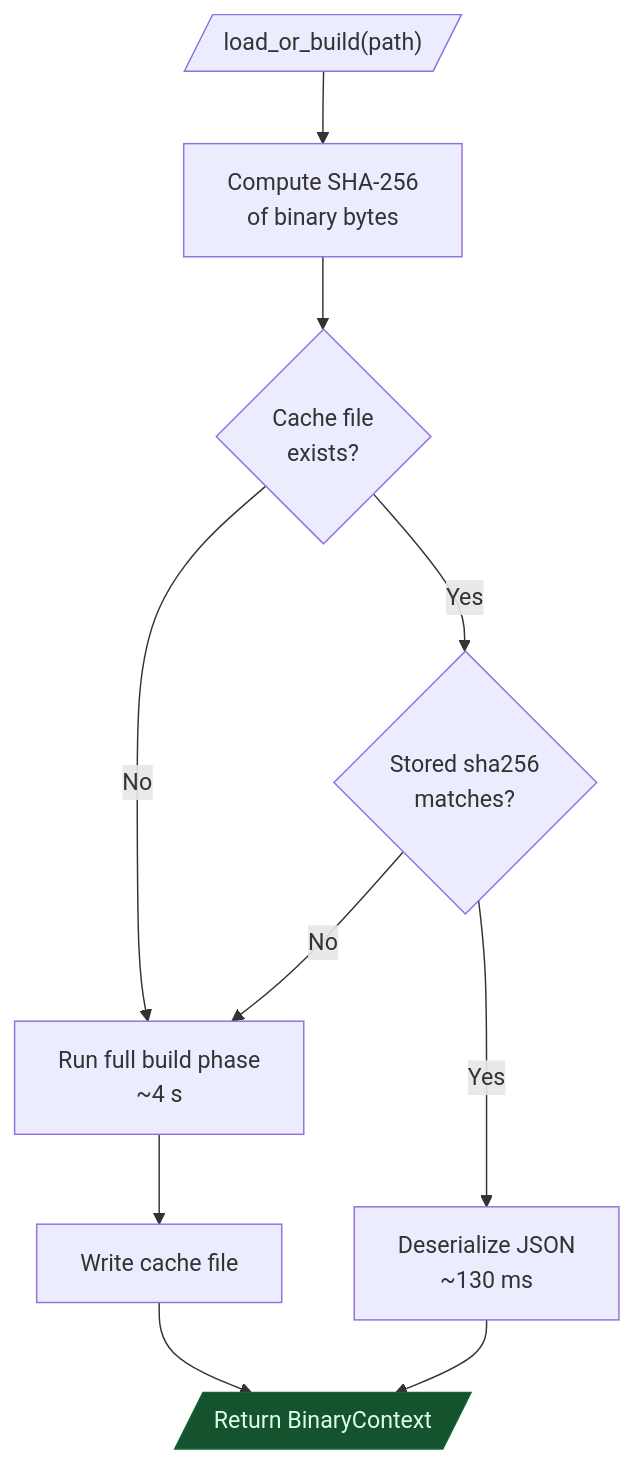
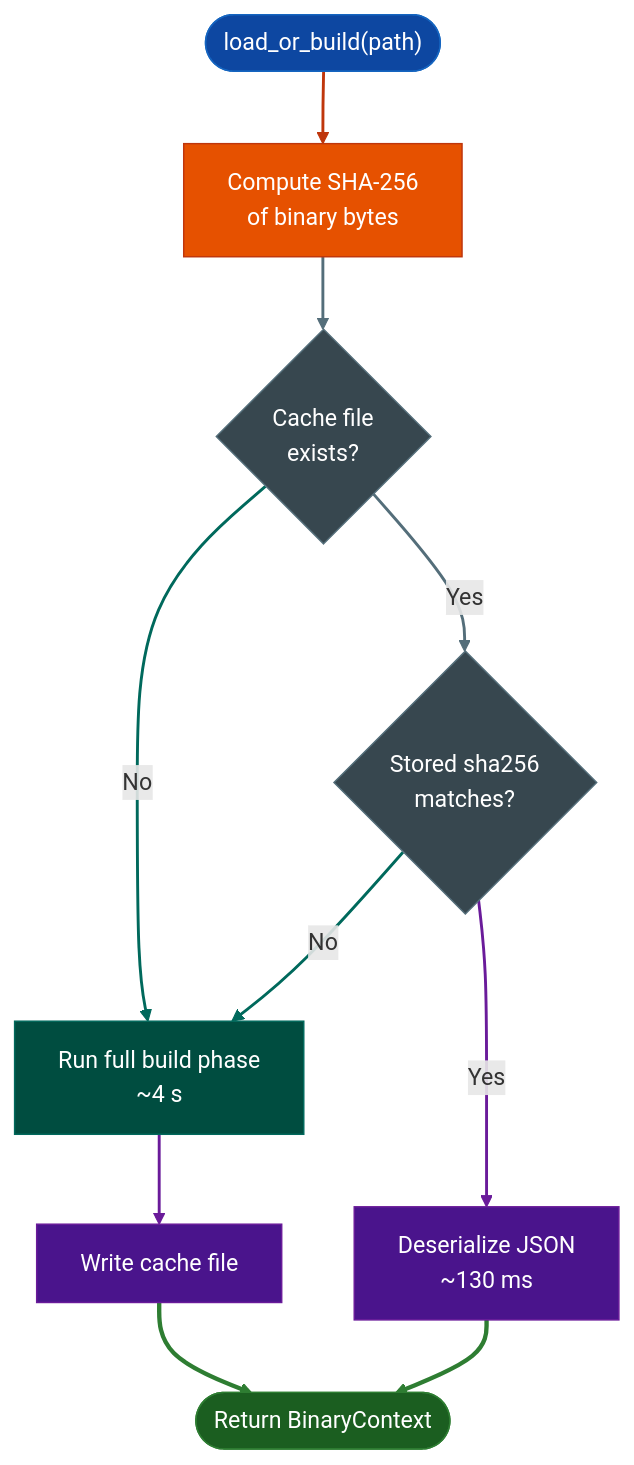
The third of 5 diagrams in docs/reference-modules/on-demand-analysis.md (Ablation-Tool/ablation), drawn with Mermaid before and after one commit. The commit also changed other lines of this file and 320 other files, not shown here.

First line of the commit message:
docs: apply canonical Mermaid template to all 321 diagrams

````diff
--- a/docs/reference-modules/on-demand-analysis.md
+++ b/docs/reference-modules/on-demand-analysis.md
@@ -213,14 +235,27 @@
 ```mermaid
 flowchart TD
-    A[/"load_or_build(path)"/] --> B["Compute SHA-256\nof binary bytes"]
-    B --> C{"Cache file\nexists?"}
-    C -->|No| E["Run full build phase\n~4 s"]
-    C -->|Yes| D{"Stored sha256\nmatches?"}
-    D -->|Yes| F["Deserialize JSON\n~130 ms"]
-    D -->|No| E
-    E --> G["Write cache file"]
-    G --> H[/"Return BinaryContext"/]
-    F --> H
-
-    style H fill:#14532d,stroke:#166534,color:#dcfce7
+    A(["load_or_build(path)"]):::input --> B["Compute SHA-256\nof binary bytes"]:::primary
+    B:::primary --> C{"Cache file\nexists?"}:::neutral
+    C:::neutral -->|No| E["Run full build phase\n~4 s"]:::secondary
+    C:::neutral -->|Yes| D{"Stored sha256\nmatches?"}:::neutral
+    D:::neutral -->|Yes| F["Deserialize JSON\n~130 ms"]:::tertiary
+    D:::neutral -->|No| E:::secondary
+    E:::secondary --> G["Write cache file"]:::tertiary
+    G:::tertiary --> H(["Return BinaryContext"]):::output
+    F:::tertiary --> H:::output
+    classDef input     fill:#0d47a1,stroke:#1565c0,color:#fff
+    classDef primary   fill:#e65100,stroke:#bf360c,color:#fff
+    classDef secondary fill:#004d40,stroke:#00695c,color:#fff
+    classDef tertiary  fill:#4a148c,stroke:#6a1b9a,color:#fff
+    classDef neutral   fill:#37474f,stroke:#546e7a,color:#fff
+    classDef output    fill:#1b5e20,stroke:#2e7d32,color:#fff
+    linkStyle 0 stroke:#bf360c,stroke-width:2px
+    linkStyle 1 stroke:#546e7a,stroke-width:2px
+    linkStyle 2 stroke:#00695c,stroke-width:2px
+    linkStyle 3 stroke:#546e7a,stroke-width:2px
+    linkStyle 4 stroke:#6a1b9a,stroke-width:2px
+    linkStyle 5 stroke:#00695c,stroke-width:2px
+    linkStyle 6 stroke:#6a1b9a,stroke-width:2px
+    linkStyle 7 stroke:#2e7d32,stroke-width:3px
+    linkStyle 8 stroke:#2e7d32,stroke-width:3px
 ```
````
